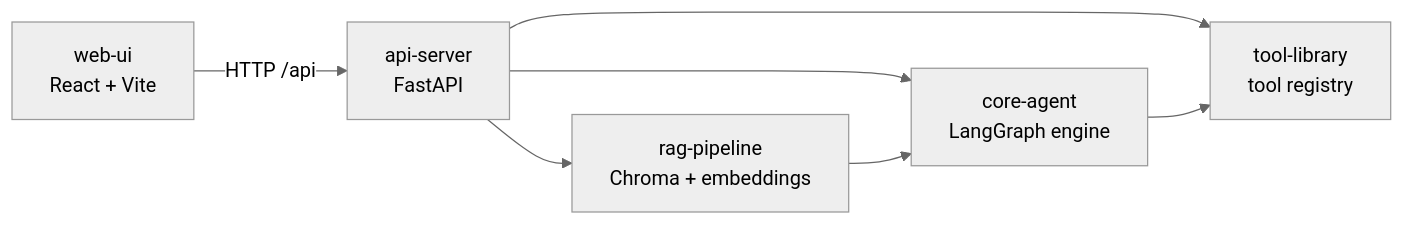
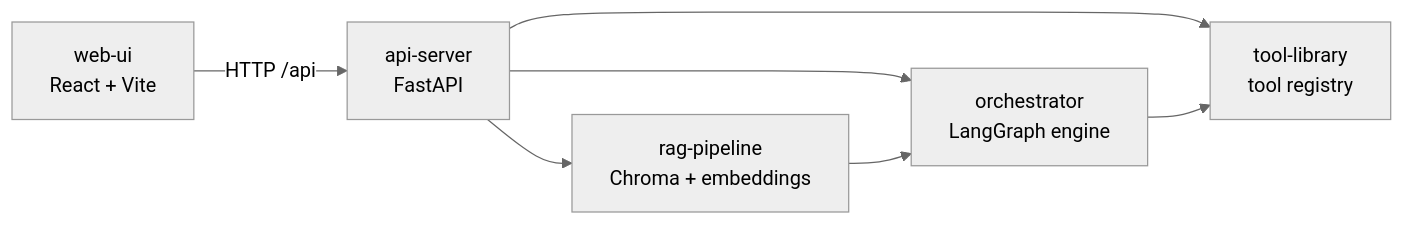
The diagram in README.md (ervikassingh/agent-orchestration), drawn with Mermaid (neutral theme) before and after one commit. The commit also changed other lines of this file and 41 other files, not shown here.

````diff
--- a/README.md
+++ b/README.md
@@ -9,9 +9,9 @@
 ```mermaid
 flowchart LR
     UI[web-ui<br/>React + Vite] -->|HTTP /api| API[api-server<br/>FastAPI]
-    API --> CA[core-agent<br/>LangGraph engine]
+    API --> OR[orchestrator<br/>LangGraph engine]
     API --> RP[rag-pipeline<br/>Chroma + embeddings]
     API --> TL[tool-library<br/>tool registry]
-    CA --> TL
-    RP --> CA
+    OR --> TL
+    RP --> OR
 ```
````
